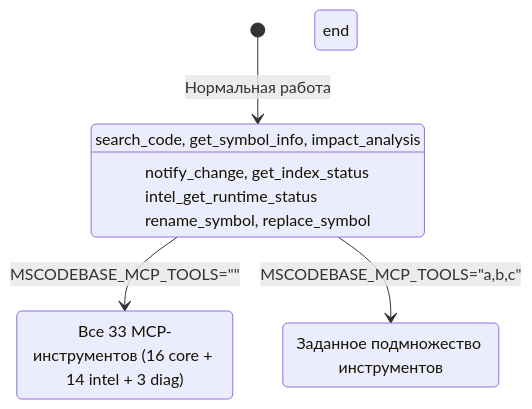
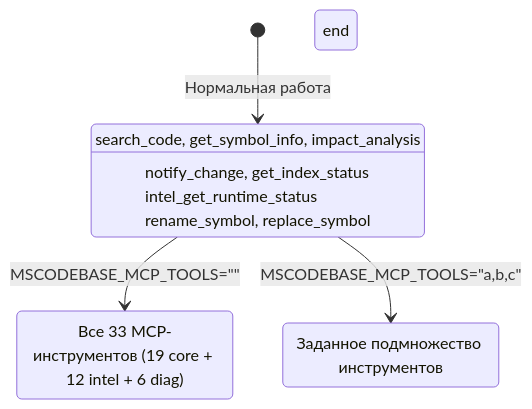
One commit to ManSio/mscodebase-intelligence changed the third of 4 diagrams in docs/ru/GRACEFUL_DEGRADATION.md. Above: the diagram before and after it, drawn with Mermaid. The commit also changed 20 other files, not shown here.

First line of the commit message:
docs(audit): sync tool counts 37=19+12+6 across all docs, fix server_tools hardcode

````diff
--- a/docs/ru/GRACEFUL_DEGRADATION.md
+++ b/docs/ru/GRACEFUL_DEGRADATION.md
@@ -82,22 +82,22 @@
 ```mermaid
 stateDiagram-v2
     [*] --> DEFAULT_TOOLS: Нормальная работа
 
     state DEFAULT_TOOLS[Видимо: 12 инструментов]
         DEFAULT_TOOLS: search_code, get_symbol_info, impact_analysis
         DEFAULT_TOOLS: notify_change, get_index_status
         DEFAULT_TOOLS: intel_get_runtime_status
         DEFAULT_TOOLS: rename_symbol, replace_symbol
     end
 
     DEFAULT_TOOLS --> ALL_TOOLS: MSCODEBASE_MCP_TOOLS=""
     DEFAULT_TOOLS --> CUSTOM_TOOLS: MSCODEBASE_MCP_TOOLS="a,b,c"
 
     state ALL_TOOLS[Видимо: 33 инструментов]
-        ALL_TOOLS: Все 33 MCP-инструментов (16 core + 14 intel + 3 diag)
+        ALL_TOOLS: Все 33 MCP-инструментов (19 core + 12 intel + 6 diag)
     end
 
     state CUSTOM_TOOLS[Пользовательский выбор]
         CUSTOM_TOOLS: Заданное подмножество инструментов
     end
 ```
````
